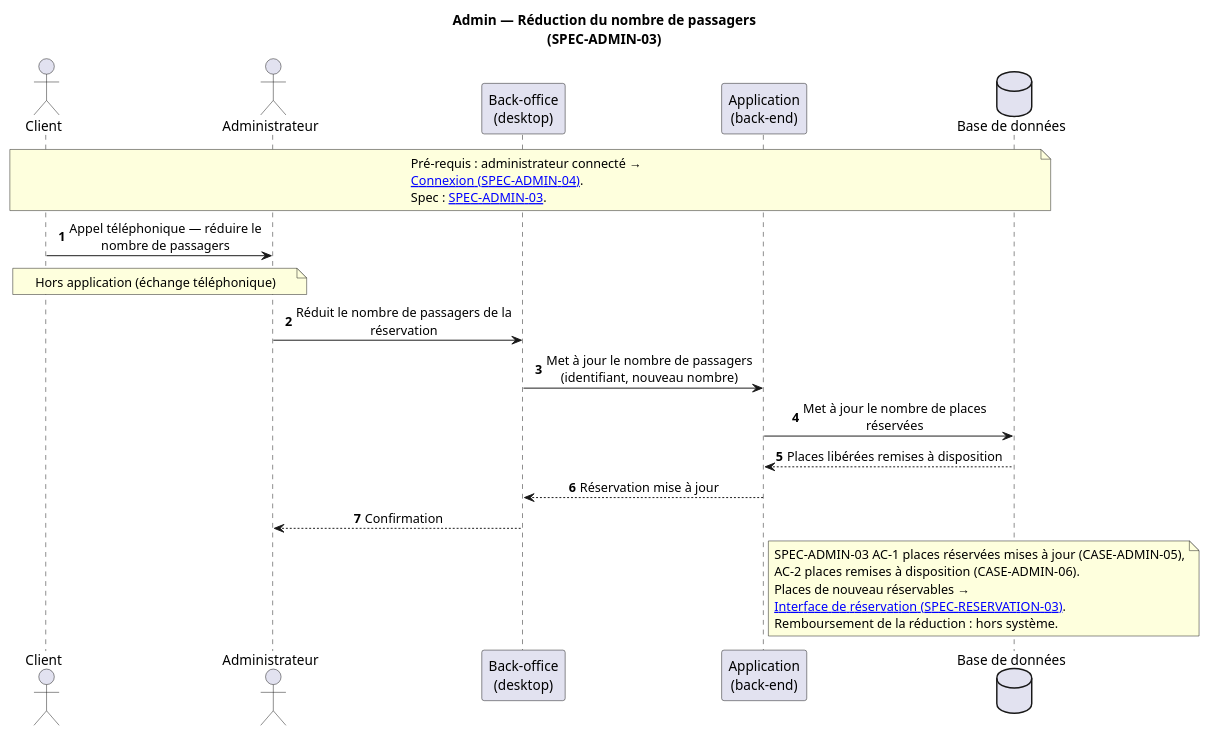
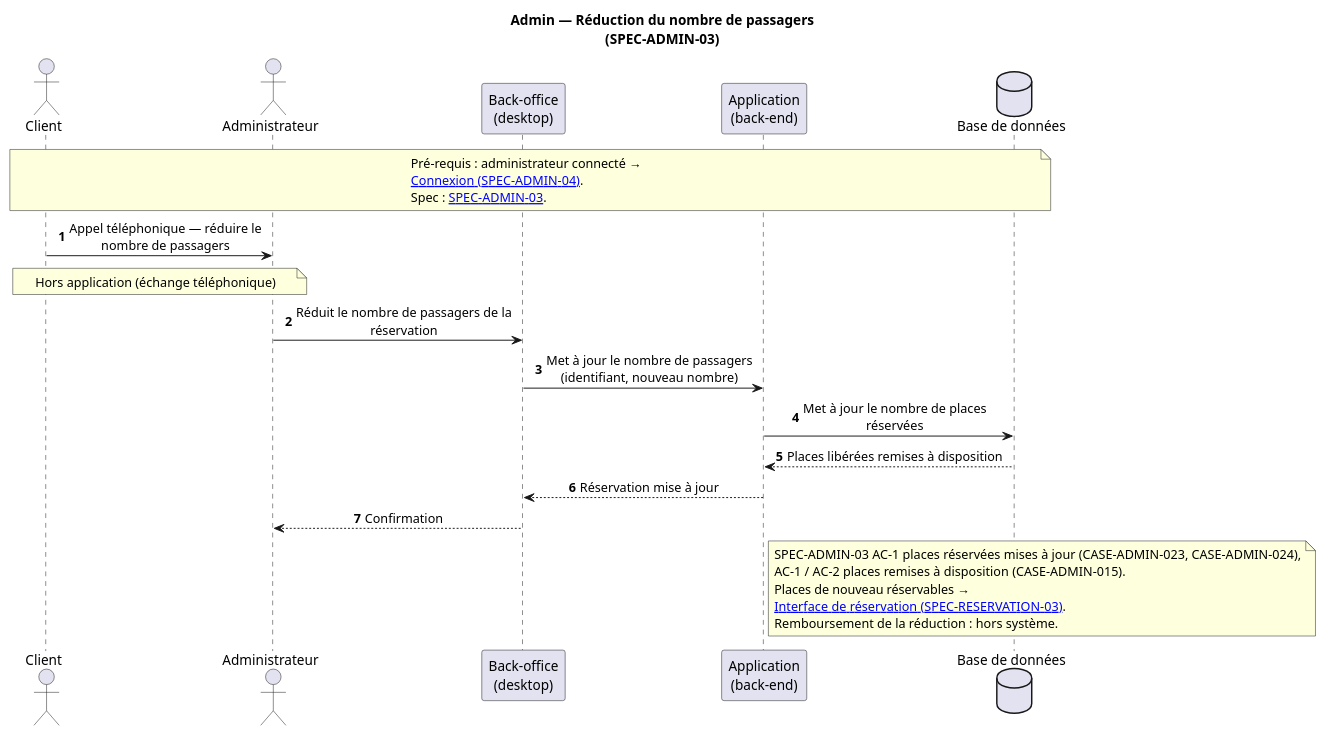
One commit to Pinguin211/Ti_Baleine changed the diagram in docs/uml/sequences/admin-reduction-passagers.puml. Above: the diagram before and after it, drawn with PlantUML. The commit also changed 80 other files, not shown here.

Commit message:
FEAT(Test): Ajout des test case de la partie admin

```diff
--- a/docs/uml/sequences/admin-reduction-passagers.puml
+++ b/docs/uml/sequences/admin-reduction-passagers.puml
@@ -1,36 +1,36 @@
 @startuml admin-reduction-passagers
 title Admin — Réduction du nombre de passagers\n(SPEC-ADMIN-03)
 
 skinparam sequenceMessageAlign center
 skinparam maxMessageSize 240
 autonumber
 
 actor "Client" as Client
 actor "Administrateur" as Admin
 participant "Back-office\n(desktop)" as BO
 participant "Application\n(back-end)" as App
 database "Base de données" as BDD
 
 note over Client, BDD
   Pré-requis : administrateur connecté →
   [[admin-login.svg Connexion (SPEC-ADMIN-04)]].
   Spec : [[../../../specs/admin.md SPEC-ADMIN-03]].
 end note
 
 Client -> Admin : Appel téléphonique — réduire le nombre de passagers
 note over Client, Admin : Hors application (échange téléphonique)
 Admin -> BO : Réduit le nombre de passagers de la réservation
 BO -> App : Met à jour le nombre de passagers (identifiant, nouveau nombre)
 App -> BDD : Met à jour le nombre de places réservées
 BDD --> App : Places libérées remises à disposition
 App --> BO : Réservation mise à jour
 BO --> Admin : Confirmation
 note right of App
-  SPEC-ADMIN-03 AC-1 places réservées mises à jour (CASE-ADMIN-05),
-  AC-2 places remises à disposition (CASE-ADMIN-06).
+  SPEC-ADMIN-03 AC-1 places réservées mises à jour (CASE-ADMIN-023, CASE-ADMIN-024),
+  AC-1 / AC-2 places remises à disposition (CASE-ADMIN-015).
   Places de nouveau réservables →
   [[reservation-1-consultation-a-paiement.svg Interface de réservation (SPEC-RESERVATION-03)]].
   Remboursement de la réduction : hors système.
 end note
 
 @enduml
```
